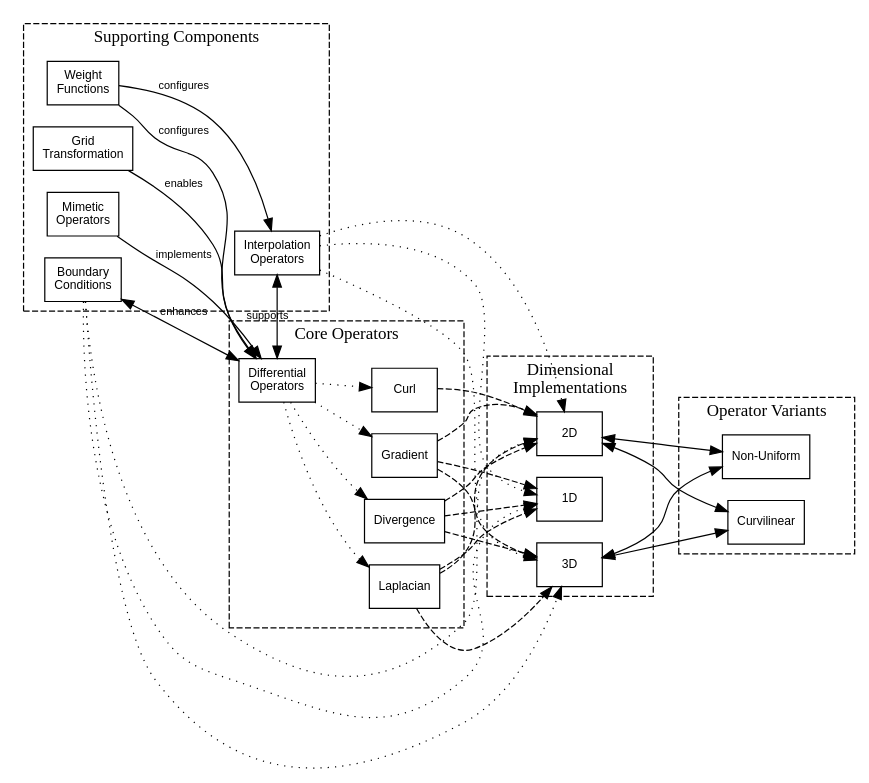
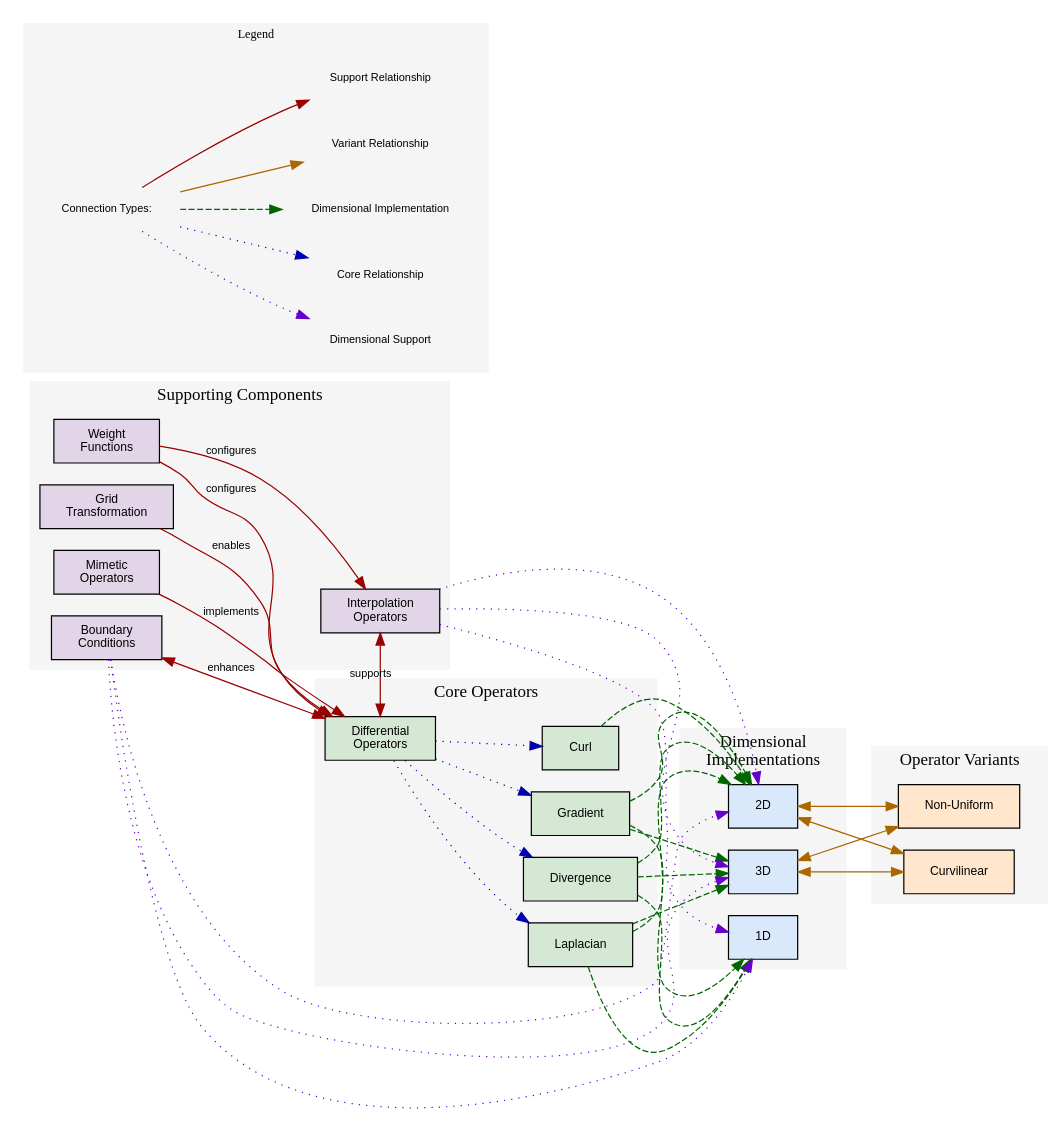
The diagram in doc/sphinx/source/api/matlab/index-beta.rst (csrc-sdsu/mole), drawn with Graphviz before and after one commit. The commit also changed other lines of this file and 1 other file, not shown here.

Commit message:
New graph improvements

```diff
--- a/doc/sphinx/source/api/matlab/index-beta.rst
+++ b/doc/sphinx/source/api/matlab/index-beta.rst
@@ -12,65 +12,77 @@
         digraph "MOLE MATLAB Functions" {
             rankdir=LR;
             compound=true;
-            node [shape=box, style=filled, fillcolor=white, fontname="Arial", fontsize=10];
+            node [shape=box, style=filled, fontname="Arial", fontsize=10, margin="0.3,0.1"];
             edge [fontname="Arial", fontsize=9];
+            
+            // Color definitions for nodes
             
             // Main categories
             subgraph cluster_operators {
                 label="Core Operators";
-                style=dashed;
+                style=filled;
+                color="#F5F5F5";
                 
-                DifferentialOperators [label="Differential\nOperators"];
+                DifferentialOperators [label="Differential\nOperators", fillcolor="#D5E8D4"];
                 
                 subgraph cluster_diff_ops {
                     label="";
                     style=invis;
                     
-                    Grad [label="Gradient"];
-                    Div [label="Divergence"];
-                    Lap [label="Laplacian"];
-                    Curl [label="Curl"];
+                    Grad [label="Gradient", fillcolor="#D5E8D4"];
+                    Div [label="Divergence", fillcolor="#D5E8D4"];
+                    Lap [label="Laplacian", fillcolor="#D5E8D4"];
+                    Curl [label="Curl", fillcolor="#D5E8D4"];
                 }
             }
             
             subgraph cluster_variants {
                 label="Operator Variants";
-                style=dashed;
+                style=filled;
+                color="#F5F5F5";
                 
-                NonUniform [label="Non-Uniform"];
-                Curvilinear [label="Curvilinear"];
+                NonUniform [label="Non-Uniform", fillcolor="#FFE6CC"];
+                Curvilinear [label="Curvilinear", fillcolor="#FFE6CC"];
             }
             
             subgraph cluster_dimensions {
                 label="Dimensional\nImplementations";
-                style=dashed;
+                style=filled;
+                color="#F5F5F5";
                 
-                D1 [label="1D"];
-                D2 [label="2D"];
-                D3 [label="3D"];
+                D1 [label="1D", fillcolor="#DAE8FC"];
+                D2 [label="2D", fillcolor="#DAE8FC"];
+                D3 [label="3D", fillcolor="#DAE8FC"];
             }
             
             subgraph cluster_support {
                 label="Supporting Components";
-                style=dashed;
+                style=filled;
+                color="#F5F5F5";
                 
-                InterpolationOperators [label="Interpolation\nOperators"];
-                BoundaryConditions [label="Boundary\nConditions"];
-                GridTransformation [label="Grid\nTransformation"];
-                WeightFunctions [label="Weight\nFunctions"];
-                MimeticOperators [label="Mimetic\nOperators"];
+                InterpolationOperators [label="Interpolation\nOperators", fillcolor="#E1D5E7"];
+                BoundaryConditions [label="Boundary\nConditions", fillcolor="#E1D5E7"];
+                GridTransformation [label="Grid\nTransformation", fillcolor="#E1D5E7"];
+                WeightFunctions [label="Weight\nFunctions", fillcolor="#E1D5E7"];
+                MimeticOperators [label="Mimetic\nOperators", fillcolor="#E1D5E7"];
             }
             
             // Core relationships
+            edge [color="#0000AA", penwidth=1.0];
             DifferentialOperators -> {Grad Div Lap Curl} [style=dotted];
+            
+            // Dimension relationships
+            edge [color="#006600", penwidth=1.0];
             {Grad Div Lap} -> {D1 D2 D3} [style=dashed];
             Curl -> D2 [style=dashed];
             
             // Variant relationships
+            edge [color="#AA6600", penwidth=1.0];
             {D2 D3} -> NonUniform [dir=both];
             {D2 D3} -> Curvilinear [dir=both];
             
             // Support relationships
+            edge [color="#990000", penwidth=1.0];
             InterpolationOperators -> DifferentialOperators [dir=both, label="supports"];
             BoundaryConditions -> DifferentialOperators [dir=both, label="enhances"];
             GridTransformation -> DifferentialOperators [label="enables"];
@@ -78,6 +90,31 @@
             MimeticOperators -> DifferentialOperators [label="implements"];
             
             // Dimensional support
-            InterpolationOperators -> {D1 D2 D3} [style=dotted];
-            BoundaryConditions -> {D1 D2 D3} [style=dotted];
+            edge [color="#6600CC", style=dotted, penwidth=1.0];
+            InterpolationOperators -> {D1 D2 D3};
+            BoundaryConditions -> {D1 D2 D3};
+            
+            // Add a legend
+            subgraph cluster_legend {
+                label="Legend";
+                style=filled;
+                color="#F5F5F5";
+                fontsize=10;
+                
+                node [shape=none, style=none, fillcolor=none, label=""];
+                edge [style=none];
+                
+                leg_title [label="Connection Types:", shape=none, fontsize=9];
+                leg_core [label="Core Relationship", shape=none, fontsize=9];
+                leg_dim [label="Dimensional Implementation", shape=none, fontsize=9];
+                leg_variant [label="Variant Relationship", shape=none, fontsize=9];
+                leg_support [label="Support Relationship", shape=none, fontsize=9];
+                leg_dim_support [label="Dimensional Support", shape=none, fontsize=9];
+                
+                leg_title -> leg_core [style=dotted, color="#0000AA", penwidth=1.0];
+                leg_title -> leg_dim [style=dashed, color="#006600", penwidth=1.0];
+                leg_title -> leg_variant [style=solid, color="#AA6600", penwidth=1.0];
+                leg_title -> leg_support [style=solid, color="#990000", penwidth=1.0];
+                leg_title -> leg_dim_support [style=dotted, color="#6600CC", penwidth=1.0];
+            }
         }
```
